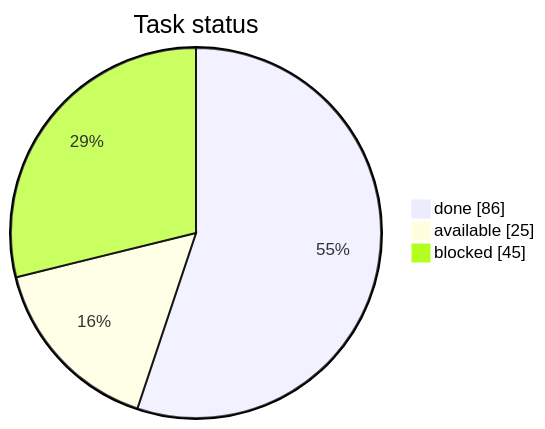
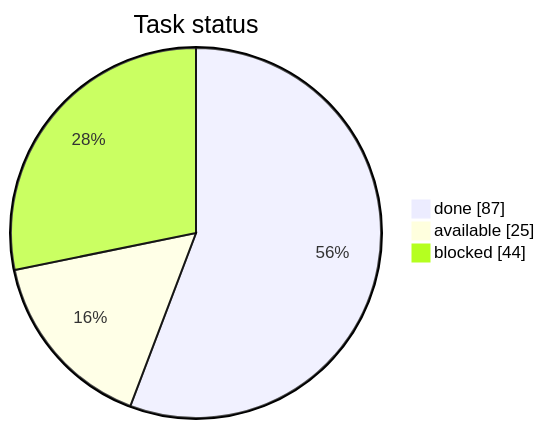
The first of 3 diagrams in STATUS.md (artemiiShabanov/RallyRivals), drawn with Mermaid before and after one commit. The commit also changed other lines of this file and 3 other files, not shown here.

````diff
--- a/STATUS.md
+++ b/STATUS.md
@@ -7,7 +7,7 @@
 ```mermaid
 pie showData
     title Task status
-    "done" : 86
+    "done" : 87
     "available" : 25
-    "blocked" : 45
+    "blocked" : 44
 ```
````
